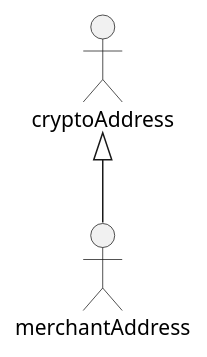
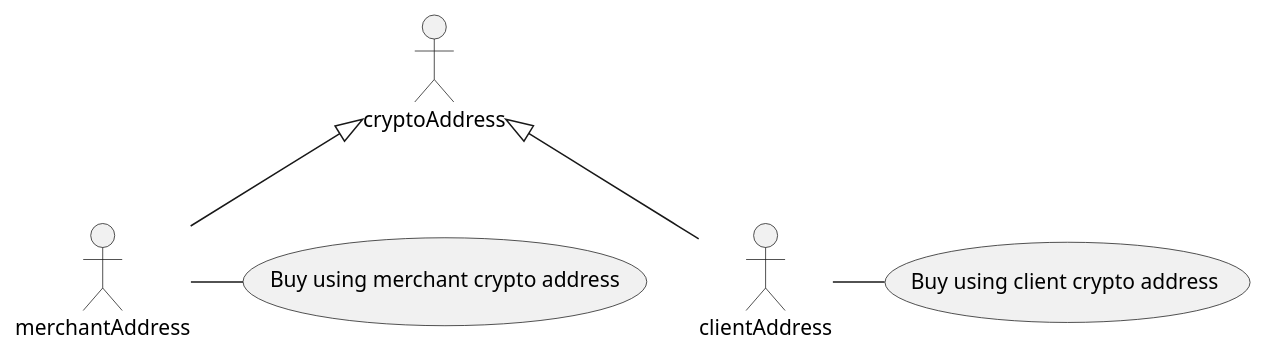
The diagram in UML practice/docs/diagrams/src/libertex-use.wsd (milovdg/UMLPractice), drawn with PlantUML before and after one commit.

```diff
--- a/UML practice/docs/diagrams/src/libertex-use.wsd
+++ b/UML practice/docs/diagrams/src/libertex-use.wsd
@@ -1,8 +1,16 @@
 @startuml libertex-use
 
 actor cryptoAddress
 actor merchantAddress
+actor clientAddress
+
+(Buy using client crypto address) as (useClient)
+(Buy using merchant crypto address) as (useMerchant)
 
 merchantAddress -up-|> cryptoAddress
+clientAddress -up-|> cryptoAddress
+
+merchantAddress - useMerchant
+clientAddress - useClient
 
 @enduml
```
